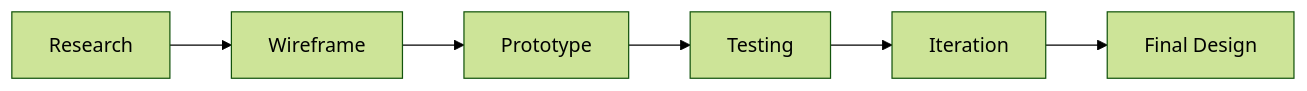
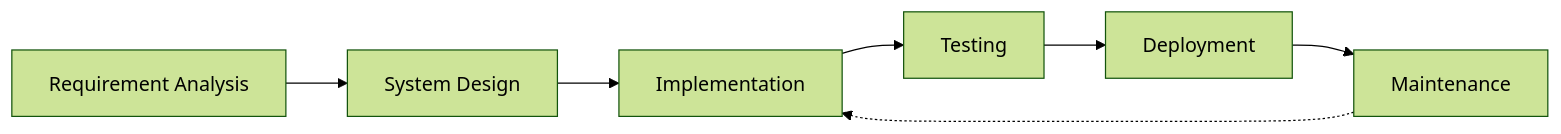
The diagram in README.md (developerAbhi02/developerAbhi02), drawn with Mermaid (forest theme) before and after one commit. The commit also changed other lines of this file and 1 other file, not shown here.

````diff
--- a/README.md
+++ b/README.md
@@ -60,8 +106,9 @@
 ```mermaid
 graph LR
-    A[Research] --> B[Wireframe]
-    B --> C[Prototype]
+    A[Requirement Analysis] --> B[System Design]
+    B --> C[Implementation]
     C --> D[Testing]
-    D --> E[Iteration]
-    E --> F[Final Design]
+    D --> E[Deployment]
+    E --> F[Maintenance]
+    F -.-> C
 ```
````
